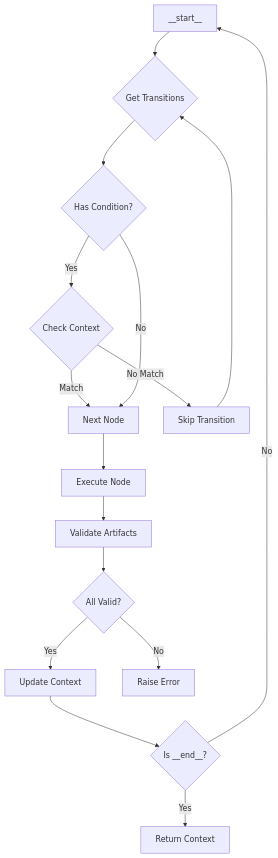
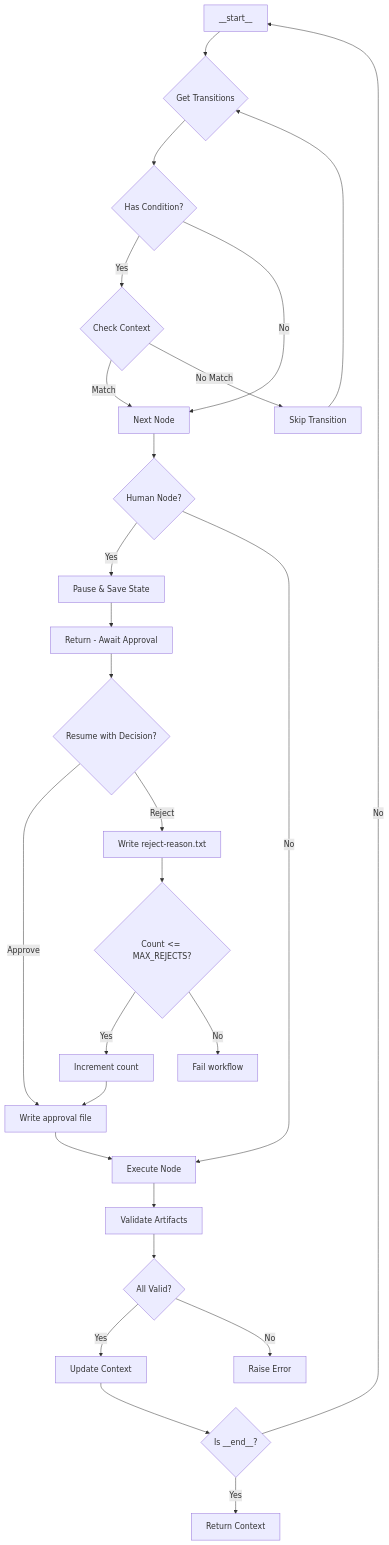
One commit to ccijunk/ai-workflow changed the second of 6 diagrams in ARCHITECTURE.md. Above: the diagram before and after it, drawn with Mermaid. The commit also changed other lines of this file, not shown here.

Commit message:
docs: update ARCHITECTURE.md with reject reason feature

````diff
--- a/ARCHITECTURE.md
+++ b/ARCHITECTURE.md
@@ -63,18 +63,29 @@
 ```mermaid
 flowchart TD
     A[__start__] --> B{Get Transitions}
     B --> C{Has Condition?}
     C -->|Yes| D{Check Context}
     D -->|Match| E[Next Node]
     D -->|No Match| F[Skip Transition]
     C -->|No| E
     F --> B
-    E --> G[Execute Node]
-    G --> H[Validate Artifacts]
-    H --> I{All Valid?}
-    I -->|Yes| J[Update Context]
-    I -->|No| K[Raise Error]
-    J --> L{Is __end__?}
-    L -->|No| A
-    L -->|Yes| M[Return Context]
+    E --> G{Human Node?}
+    G -->|Yes| H[Pause & Save State]
+    H --> I[Return - Await Approval]
+    G -->|No| J[Execute Node]
+    J --> K[Validate Artifacts]
+    K --> L{All Valid?}
+    L -->|Yes| M[Update Context]
+    L -->|No| N[Raise Error]
+    M --> O{Is __end__?}
+    O -->|No| A
+    O -->|Yes| P[Return Context]
+    I --> Q{Resume with Decision?}
+    Q -->|Approve| R[Write approval file]
+    Q -->|Reject| S[Write reject-reason.txt]
+    S --> T{Count <= MAX_REJECTS?}
+    T -->|Yes| U[Increment count]
+    T -->|No| V[Fail workflow]
+    U --> R
+    R --> J
 ```
````
